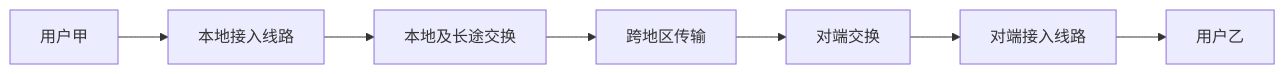
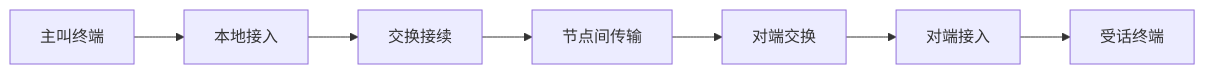
The diagram in book/chapters/01-scarcity/subtopics/ch01-s07-t01.md (pty819/order-of-connectivity), drawn with Mermaid before and after one commit. The commit also changed other lines of this file and 26 other files, not shown here.

````diff
--- a/book/chapters/01-scarcity/subtopics/ch01-s07-t01.md
+++ b/book/chapters/01-scarcity/subtopics/ch01-s07-t01.md
@@ -9,9 +9,9 @@
 ```mermaid
 flowchart LR
-    A[用户甲] --> B[本地接入线路]
-    B --> C[本地及长途交换]
-    C --> D[跨地区传输]
-    D --> E[对端交换]
-    E --> F[对端接入线路]
-    F --> G[用户乙]
+ A[主叫终端] --> B[本地接入]
+ B --> C[交换接续]
+ C --> D[节点间传输]
+ D --> E[对端交换]
+ E --> F[对端接入]
+ F --> G[受话终端]
 ```
````
